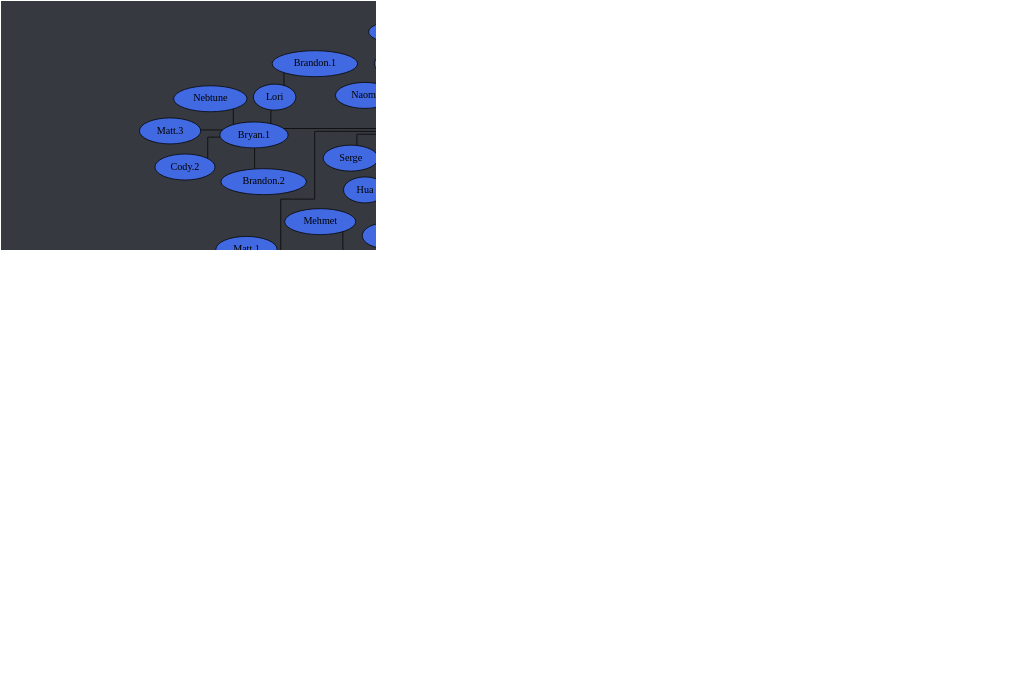
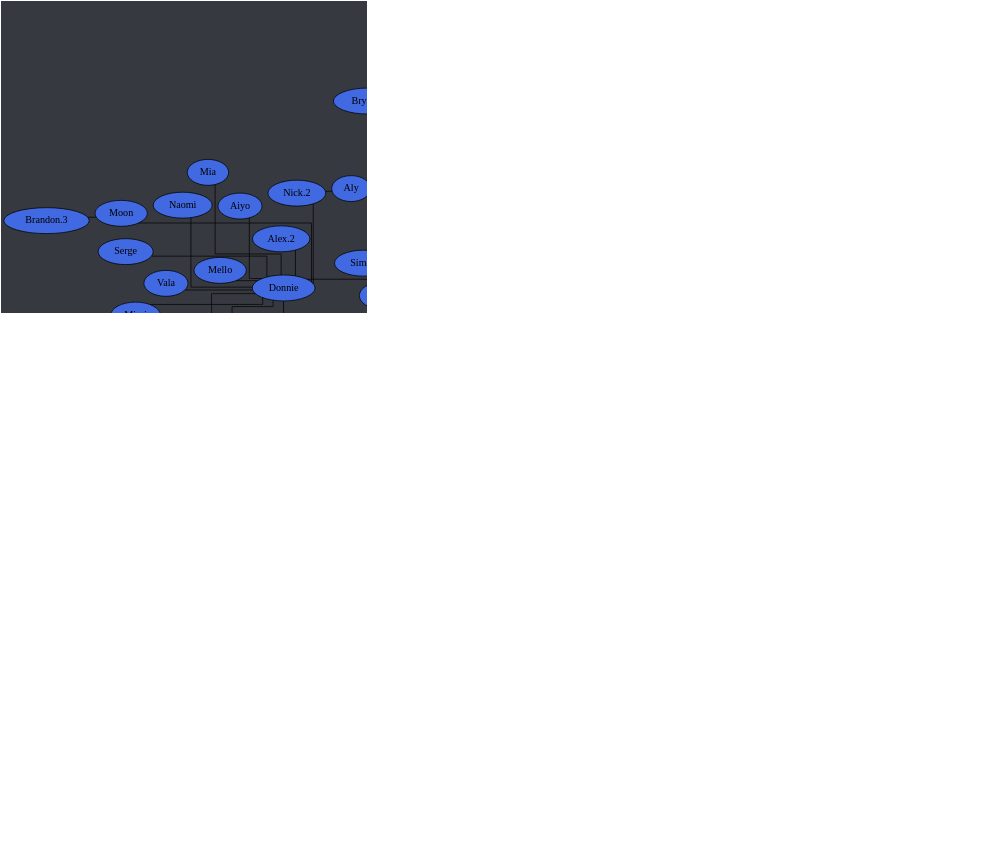
Before and after one commit to Documidas/CoronaCatzFamilyTree: the diagram in tree.dot, drawn with Graphviz. The commit also changed 1 other file, not shown here.

```diff
--- a/tree.dot
+++ b/tree.dot
@@ -1,189 +1,190 @@
 strict graph {
 	// Layout Configuration
 	layout = neato;
 	dpi = 200;
 	epsilon = 0.01;
 	mode = major;
 	model = subset;
 	overlap = false;
 	splines = ortho;
 	start = rand;
 
 	// Visual Configuration
 	graph [ truecolor=true bgcolor="#36393f" ];
 	node [ style=filled fillcolor="gray" fontcolor="black" ];
 
 	subgraph "Joel" {
 		node [ style=filled fillcolor="firebrick4" fontcolor="white" ];
 		Joel [ style=filled fillcolor="gold" fontcolor="black" ];
 
 		Cayla -- Ali;
 		Cayla -- Jake;
 		Cayla -- Jonathan;
 		Cayla -- "Nick.1";
 		Cayla -- Ranger;
 		Cayla -- Ross;
 		Joel -- Anders;
 		Joel -- Austin;
 		Joel -- Cayla;
 		Joel -- Jared;
 		Joel -- Patrick;
 		Joel -- Steven;
 		Joel -- Zachry;
 		Zachry -- Syd;
 	}
 
 	subgraph "Anders" {
 		node [ style=filled fillcolor="green4" fontcolor="white" ];
 		// Anders [ style=filled fillcolor="green4" fontcolor="white" ];
 
 		Anders -- Chiara;
 		Anders -- "Cody.1";
 		Anders -- Cole;
 		Anders -- Daniel;
 		Anders -- Derek;
 		Anders -- DJ;
 		Anders -- Jen;
 		Anders -- "Matt.2";
 		Anders -- Solis;
 		Anders -- Wyatt;
 		Anders -- Viwat;
 		Anders -- "Zach.0";
 		Anders -- Zack;
 	}
 
 	subgraph "Jared" {
 		node [ style=filled fillcolor="royalblue" fontcolor="black" ];
 		// Jared [ style=filled fillcolor="royalblue" fontcolor="black" ];
 
 		Aly -- "Nick.2";
 		America -- "Kat.2";
 		Brandi -- Justine;
 		"Bryan.1" -- "Brandon.2";
 		"Bryan.1" -- "Cody.2";
 		"Bryan.1" -- Lori;
 		"Bryan.1" -- "Matt.3";
 		"Bryan.1" -- Nebtune;
 		Donnie -- Aiyo;
 		Donnie -- "Alex.2";
 		Donnie -- Aresty;
 		Donnie -- "Bryan.1";
 		Donnie -- Hua;
 		Donnie -- Mello;
 		Donnie -- Mia;
 		Donnie -- Mimi;
 		Donnie -- Moon;
 		Donnie -- "Nick.2";
 		Donnie -- Naomi;
 		Donnie -- Serge;
 		Donnie -- Vala;
 		Gaby -- "Chris.2";
 		Lori -- "Brandon.1";
 		Jared -- Alexander;
 		Jared -- Ben;
 		Jared -- Brandi;
 		Jared -- "Carter-1.0";
 		Jared -- Chad;
 		Jared -- Dave;
 		Jared -- Donnie;
 		Jared -- Em;
 		Jared -- Fabi;
 		Jared -- Frank;
 		Jared -- Hannah;
 		Jared -- "John Boi";
 		Jared -- "Josh.2";
 		Jared -- Mason;
 		Jared -- "Matt.1";
 		Jared -- Mehmet;
 		Jared -- Nam;
 		Jared -- Pixie;
 		Jared -- Spencer;
 		Jared -- Steff;
 		Jared -- Tyler;
 		Jared -- "Zach/Laniakea";
 		Jared -- Zoe;
 		"John Boi" -- Hardie;
 		Mimi -- Hia;
 		Moon -- "Brandon.3";
 		Steff -- JC;
 		Tyler -- Aly;
 		Tyler -- "Alex.3";
 		Tyler -- America;
 		Tyler -- "Bryan.2";
 		Tyler -- Gaby;
 		Zoe -- Aiden;
 		Zoe -- Simon;
 	}
 
 	subgraph "Zach/Laniakea" {
 		node [ style=filled fillcolor="#4eff2c" fontcolor="black" ];
 		// "Zach/Laniakea" [ style=filled fillcolor="#4eff2c" fontcolor="black" ];
 
 		"Caio.2" -- "Kyle.1";
 		"Caio.2" -- Lucas;
 		"Ryan/Des" -- Marcus;
 		"Zach/Laniakea" -- "Caio.2";
 		"Zach/Laniakea" -- John;
 		"Zach/Laniakea" -- "Logan.1";
 		"Zach/Laniakea" -- Kevin;
 		"Zach/Laniakea" -- Kody;
 		"Zach/Laniakea" -- "Kyle.0";
 		"Zach/Laniakea" -- Mike;
 		"Zach/Laniakea" -- "Ryan/Des";
 		"Zach/Laniakea" -- "Ryan/Winters";
 		"Ryan/Winters" -- "Zach.1";
 	}
 
 	subgraph "John" {
 		node [ style=filled fillcolor="#c89b3c" fontcolor="black" ];
 		// John [ style=filled fillcolor="#c89b3c" fontcolor="black" ];
 
 		"Logan.2" -- Tommy;
 		Jay -- "Logan.2";
 		John -- Anna;
 		John -- Emily;
 		John -- Haber;
 		John -- Jay;
 		John -- "Jack.1";
 		John -- Lara;
 		John -- "Thomas.1";
 	}
 
 	subgraph "Thomas.1" {
 		node [ style=filled fillcolor="#b04900" fontcolor="black" ];
 		// "Thomas.1" [ style=filled fillcolor="#b04900" fontcolor="black" ];
 
 		"Da'Von" -- Dalton;
 		"Da'Von" -- Jon;
 		"Da'Von" -- Karma;
 		"Da'Von" -- Zeller;
 		Dalton -- "Carter.2";
 		"Thomas.1" -- Alex;
 		"Thomas.1" -- Christian;
 		"Thomas.1" -- "Da'Von";
 		"Thomas.1" -- Dre;
 		"Thomas.1" -- "Josh.1";
 		"Thomas.1" -- "Tony.1";
 	}
 
 	subgraph "Alex" {
 		node [ style=filled fillcolor="#6f2da8" fontcolor="white" ];
 		// Alex [ style=filled fillcolor="#6f2da8" fontcolor="black" ];
 
 		Alex -- "Alex/Blitt";
 		Alex -- Sam;
 		"Alex/Blitt" -- Brian;
+		"Alex/Blitt" -- "Chris.1";
 		"Alex/Blitt" -- Dan;
 		"Alex/Blitt" -- Gabriel;
 		"Alex/Blitt" -- Joey;
 		"Alex/Blitt" -- "Kyle.3";
 		"Alex/Blitt" -- Mikael;
 		"Alex/Blitt" -- Nathan;
 		"Alex/Blitt" -- Nolan;
 		"Alex/Blitt" -- "Ryan.1";
 		Gabriel -- Rin;
 		Gabriel -- "Ryan.2";
 		Rin -- Olivia;
 		"Ryan.1" -- David;
 	}
 }
```
